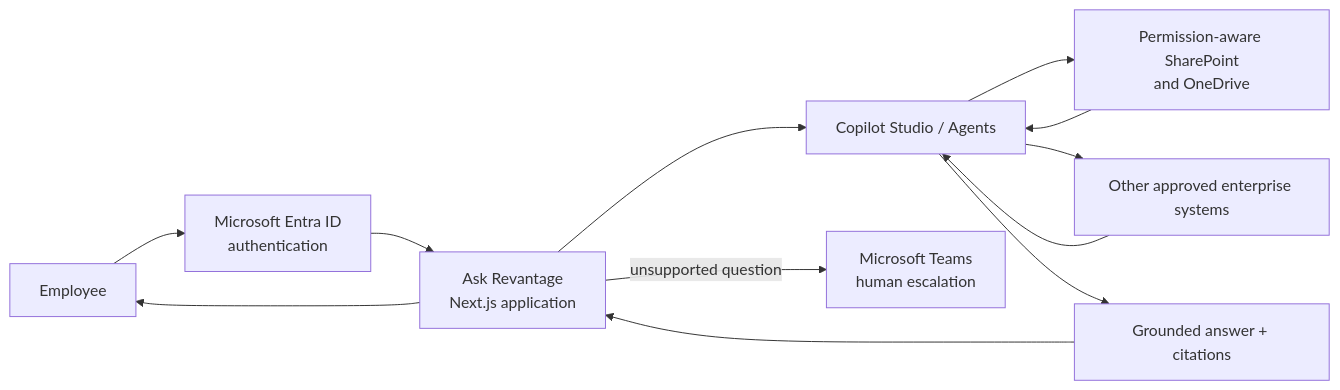
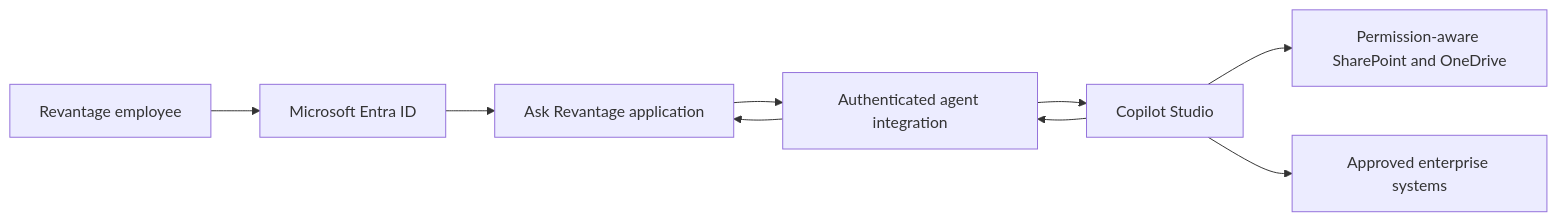
Before and after one commit to shruti-gupta7/ask-revantage: the second of 2 diagrams in README.md, drawn with Mermaid. The commit also changed other lines of this file and 37 other files, not shown here.

````diff
--- a/README.md
+++ b/README.md
@@ -47,14 +37,10 @@
 ```mermaid
 flowchart LR
-    E[Employee] --> ID[Microsoft Entra ID<br/>authentication]
-    ID --> APP[Ask Revantage<br/>Next.js application]
-    APP --> AG[Copilot Studio / Agents]
-    AG --> SP[Permission-aware SharePoint<br/>and OneDrive]
-    AG --> SYS[Other approved enterprise systems]
-    SP --> AG
-    SYS --> AG
-    AG --> GR[Grounded answer + citations]
-    GR --> APP
-    APP --> E
-    APP -->|unsupported question| TM[Microsoft Teams<br/>human escalation]
+  E[Revantage employee] --> ID[Microsoft Entra ID]
+  ID --> A[Ask Revantage application]
+  A --> G[Authenticated agent integration]
+  G --> C[Copilot Studio]
+  C --> S[Permission-aware SharePoint and OneDrive]
+  C --> B[Approved enterprise systems]
+  C --> G --> A
 ```
````
